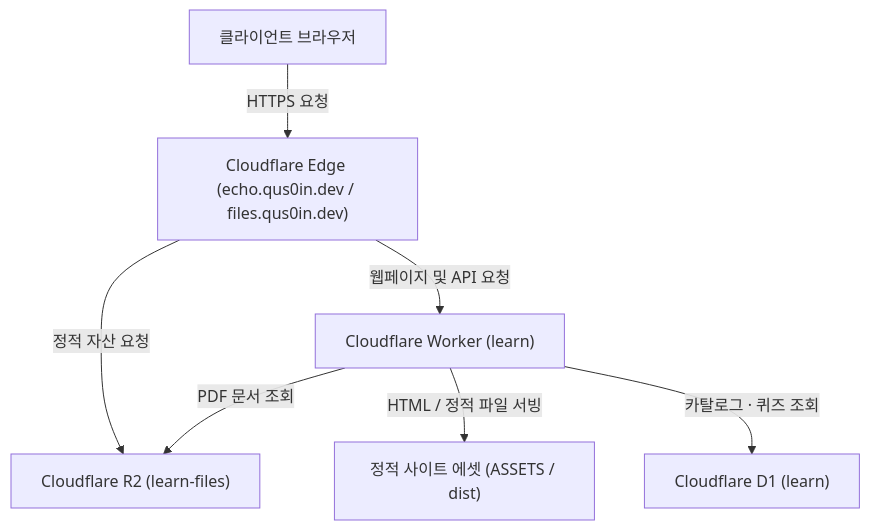
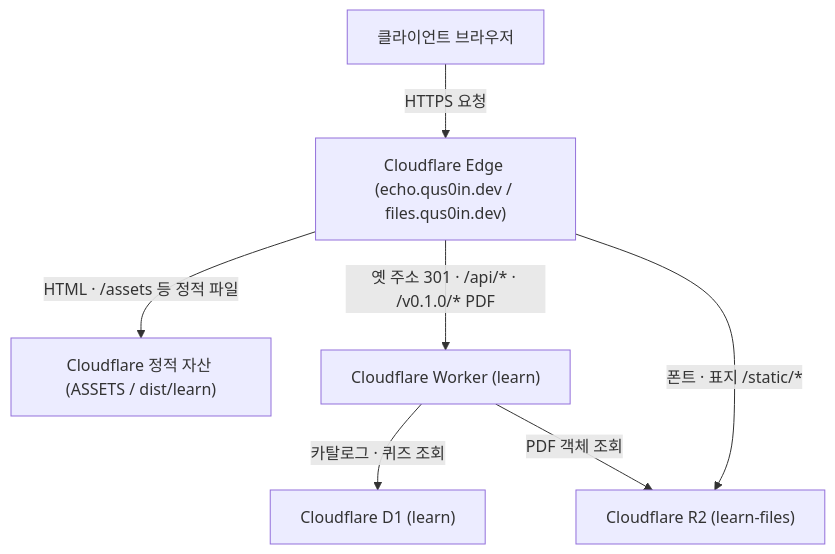
One commit to qus0in-factory/learn changed the diagram in README.md. Above: the diagram before and after it, drawn with Mermaid.

Commit message:
docs(learn): show static-first asset serving in architecture
Static HTML and /assets are served by Cloudflare static assets without the Worker. Only legacy redirects, /api, and the files PDF route run the Worker first; fonts and covers come directly from R2 /static. Mermaid diagram only.

````diff
--- a/README.md
+++ b/README.md
@@ -7,16 +7,16 @@
 ```mermaid
 flowchart TD
     Client["클라이언트 브라우저"]
     CDN["Cloudflare Edge (echo.qus0in.dev / files.qus0in.dev)"]
+    Static["Cloudflare 정적 자산 (ASSETS / dist/learn)"]
     Worker["Cloudflare Worker (learn)"]
-    Assets["정적 사이트 에셋 (ASSETS / dist)"]
     D1["Cloudflare D1 (learn)"]
     R2["Cloudflare R2 (learn-files)"]
 
     Client -->|HTTPS 요청| CDN
-    CDN -->|정적 자산 요청| R2
-    CDN -->|웹페이지 및 API 요청| Worker
-    Worker -->|HTML / 정적 파일 서빙| Assets
+    CDN -->|HTML · /assets 등 정적 파일| Static
+    CDN -->|옛 주소 301 · /api/* · /v0.1.0/* PDF| Worker
+    CDN -->|폰트 · 표지 /static/*| R2
     Worker -->|카탈로그 · 퀴즈 조회| D1
-    Worker -->|PDF 문서 조회| R2
+    Worker -->|PDF 객체 조회| R2
 ```
````
